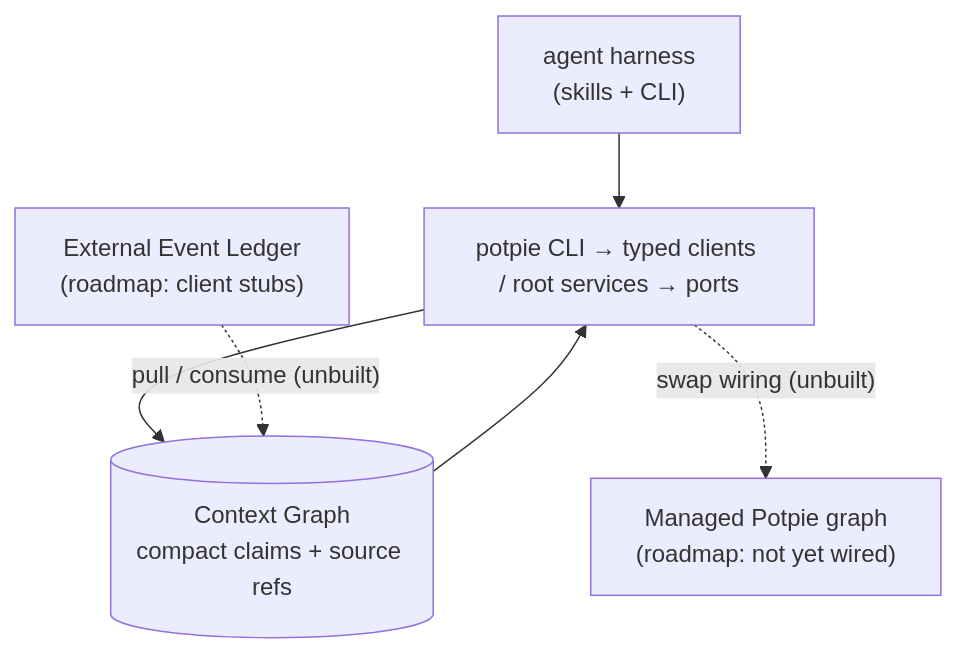
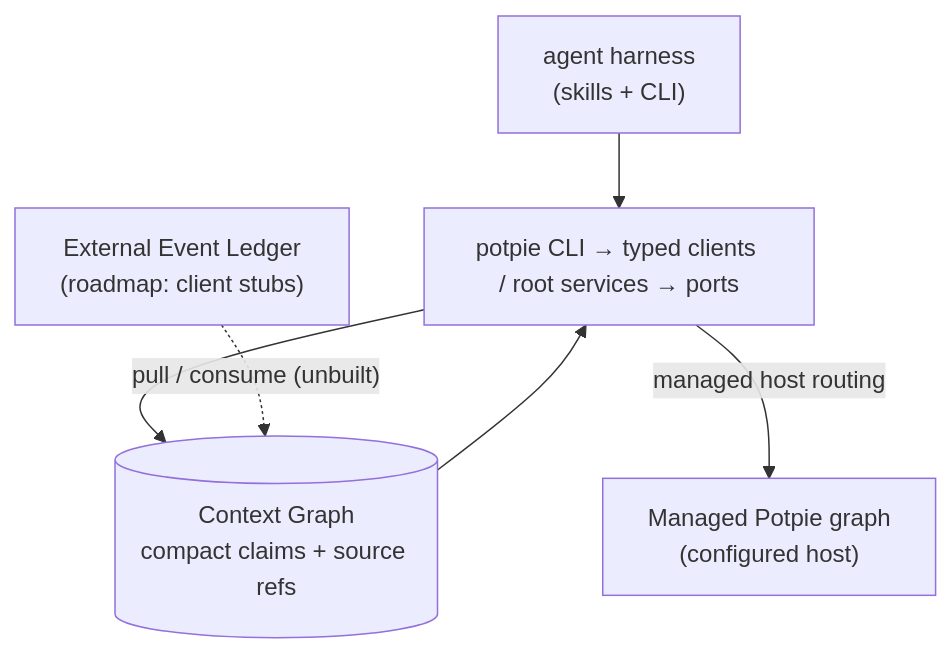
One commit to potpie-ai/potpie changed the second of 2 diagrams in docs/context-graph/vision.md. Above: the diagram before and after it, drawn with Mermaid. The commit also changed other lines of this file and 123 other files, not shown here.

First line of the commit message:
Remove unused sandbox and simplify runtime and graph code (#1105)

````diff
--- a/docs/context-graph/vision.md
+++ b/docs/context-graph/vision.md
@@ -103,14 +93,14 @@
 ```mermaid
 flowchart TB
   cg_agent["agent harness<br/>(skills + CLI)"]
   cg_cli["potpie CLI → typed clients / root services → ports"]
   cg_graph[("Context Graph<br/>compact claims + source refs")]
-  cg_managed["Managed Potpie graph<br/>(roadmap: not yet wired)"]
+  cg_managed["Managed Potpie graph<br/>(configured host)"]
   cg_ledger["External Event Ledger<br/>(roadmap: client stubs)"]
 
   cg_agent --> cg_cli
   cg_cli --> cg_graph
   cg_graph --> cg_cli
-  cg_cli -. "swap wiring (unbuilt)" .-> cg_managed
+  cg_cli -->|"managed host routing"| cg_managed
   cg_ledger -. "pull / consume (unbuilt)" .-> cg_graph
 ```
````
